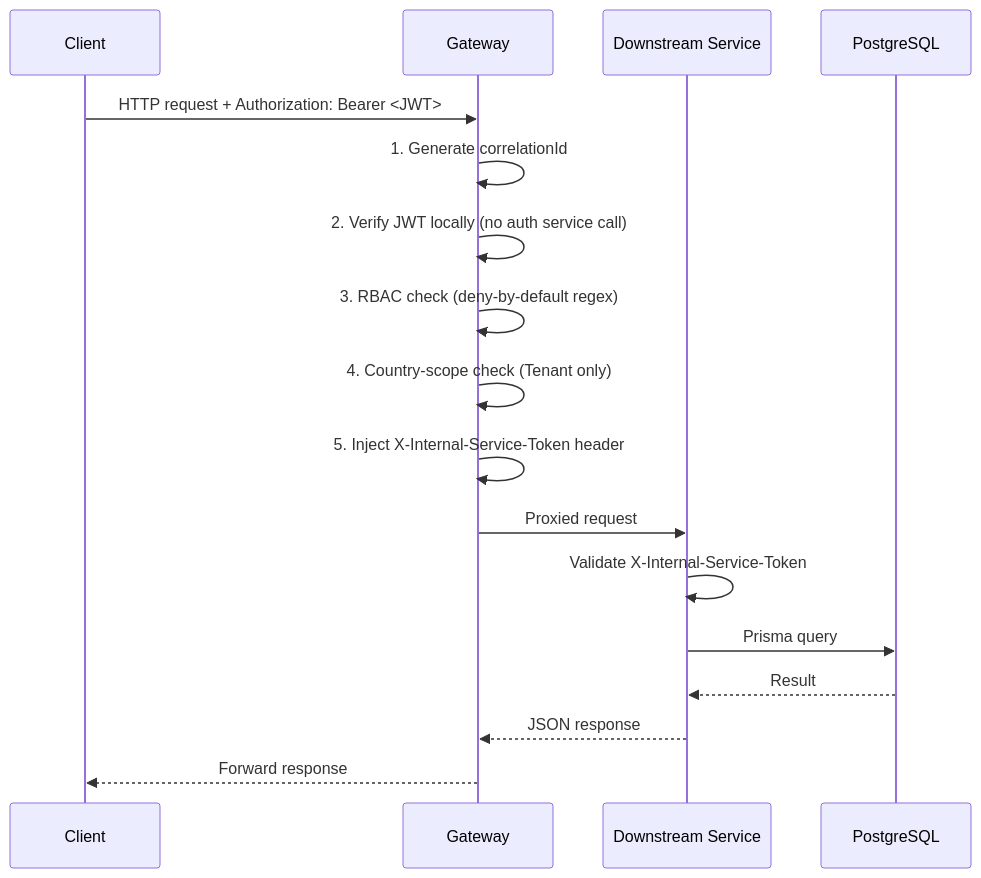
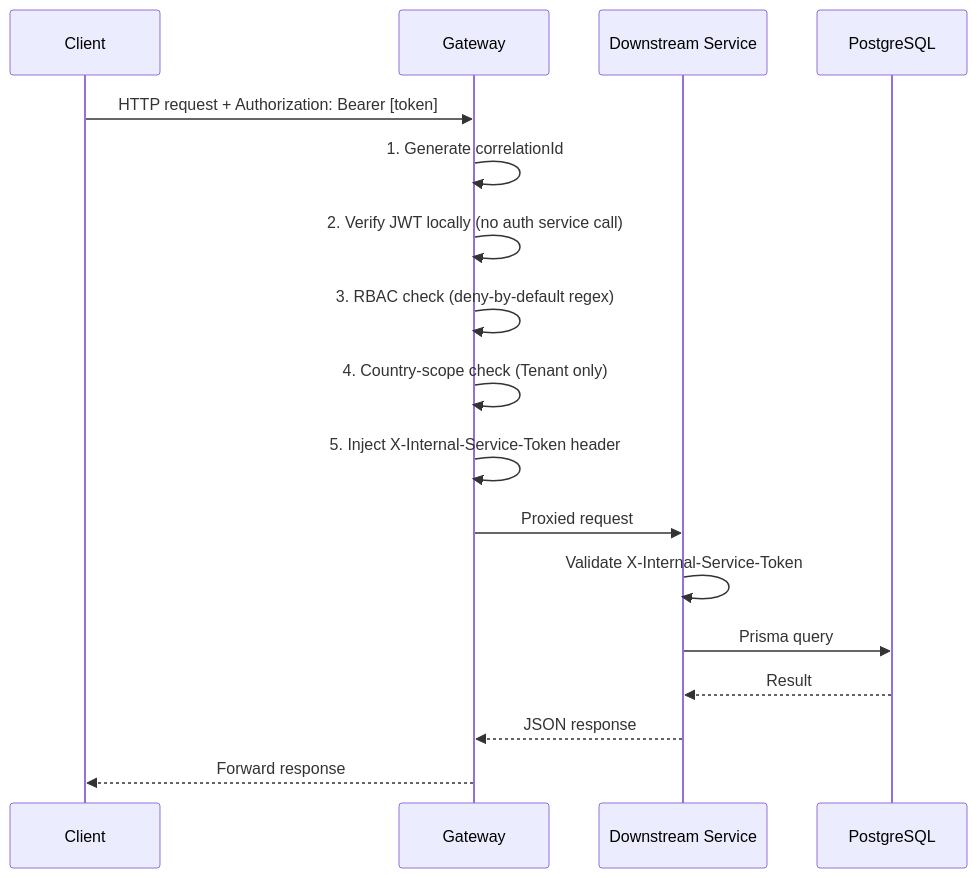
One commit to YNOV-M1-Arch-Log/Omnicore changed the second of 4 diagrams in docs/01-architecture.md. Above: the diagram before and after it, drawn with Mermaid. The commit also changed other lines of this file, not shown here.

Commit message:
fix: correct invalid Mermaid syntax in architecture diagram

````diff
--- a/docs/01-architecture.md
+++ b/docs/01-architecture.md
@@ -82,20 +82,20 @@
 ```mermaid
 sequenceDiagram
     participant C as Client
     participant GW as Gateway
     participant SVC as Downstream Service
     participant DB as PostgreSQL
 
-    C->>GW: HTTP request + Authorization: Bearer <JWT>
+    C->>GW: HTTP request + Authorization: Bearer [token]
     GW->>GW: 1. Generate correlationId
     GW->>GW: 2. Verify JWT locally (no auth service call)
     GW->>GW: 3. RBAC check (deny-by-default regex)
     GW->>GW: 4. Country-scope check (Tenant only)
     GW->>GW: 5. Inject X-Internal-Service-Token header
     GW->>SVC: Proxied request
     SVC->>SVC: Validate X-Internal-Service-Token
     SVC->>DB: Prisma query
     DB-->>SVC: Result
     SVC-->>GW: JSON response
     GW-->>C: Forward response
 ```
````
